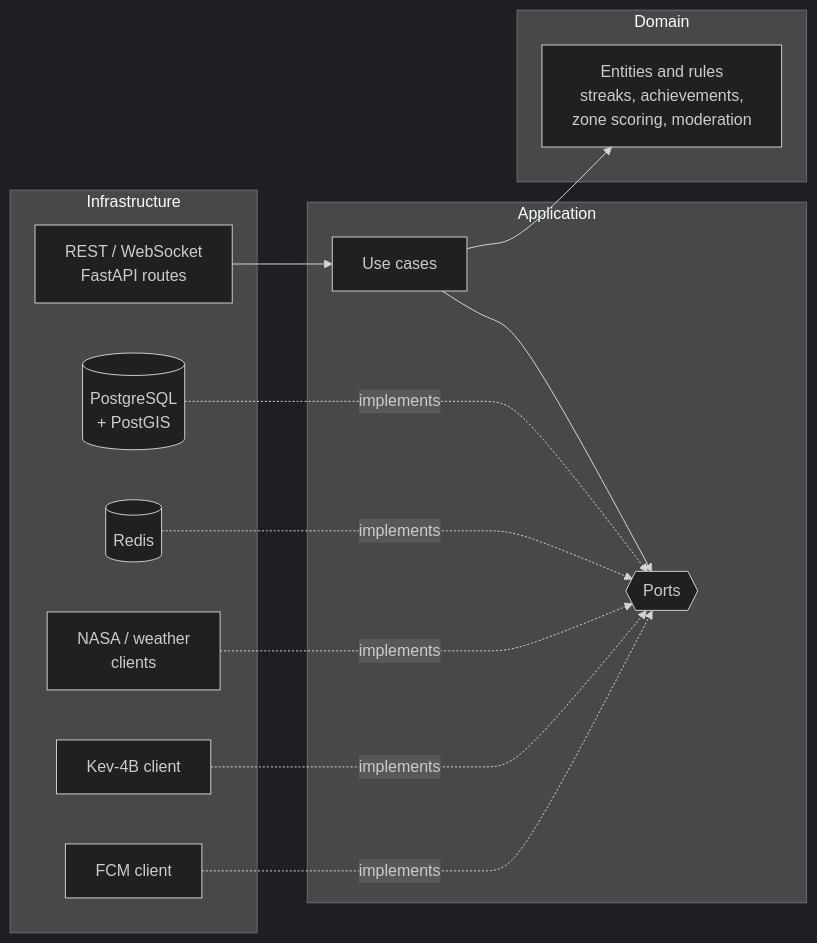
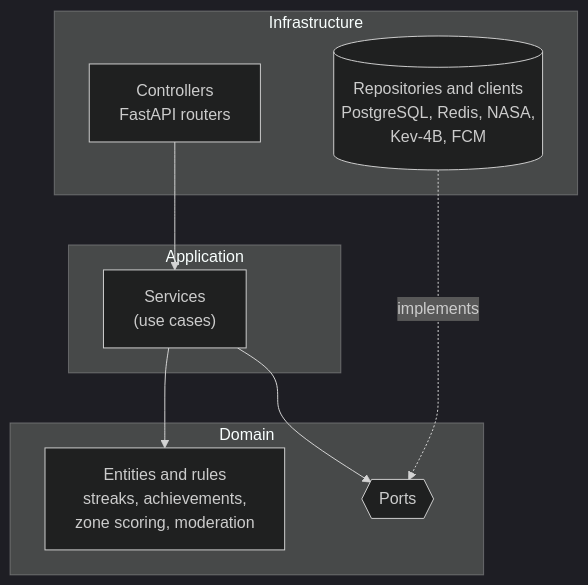
Before and after one commit to pes2627q1-21-gei-upc/perseida: the diagram in backend/README.md, drawn with Mermaid (dark theme). The commit also changed other lines of this file and 2 other files, not shown here.

````diff
--- a/backend/README.md
+++ b/backend/README.md
@@ -37,25 +37,18 @@
 ```mermaid
-flowchart LR
+flowchart TB
     subgraph Infrastructure
-        API[REST / WebSocket<br/>FastAPI routes]
-        DB[(PostgreSQL<br/>+ PostGIS)]
-        RC[(Redis)]
-        EXT[NASA / weather<br/>clients]
-        MOD[Kev-4B client]
-        FCM[FCM client]
+        CTRL[Controllers<br/>FastAPI routers]
+        REPO[(Repositories and clients<br/>PostgreSQL, Redis, NASA,<br/>Kev-4B, FCM)]
     end
     subgraph Application
-        UC[Use cases]
+        SVC["Services<br/>(use cases)"]
+    end
+    subgraph Domain
+        ENT[Entities and rules<br/>streaks, achievements,<br/>zone scoring, moderation]
         PORTS{{Ports}}
     end
-    subgraph Domain
-        DOM[Entities and rules<br/>streaks, achievements,<br/>zone scoring, moderation]
-    end
-    API --> UC --> DOM
-    UC --> PORTS
-    DB -.implements.-> PORTS
-    RC -.implements.-> PORTS
-    EXT -.implements.-> PORTS
-    MOD -.implements.-> PORTS
-    FCM -.implements.-> PORTS
+    CTRL --> SVC
+    SVC --> ENT
+    SVC --> PORTS
+    REPO -.implements.-> PORTS
 ```
````
